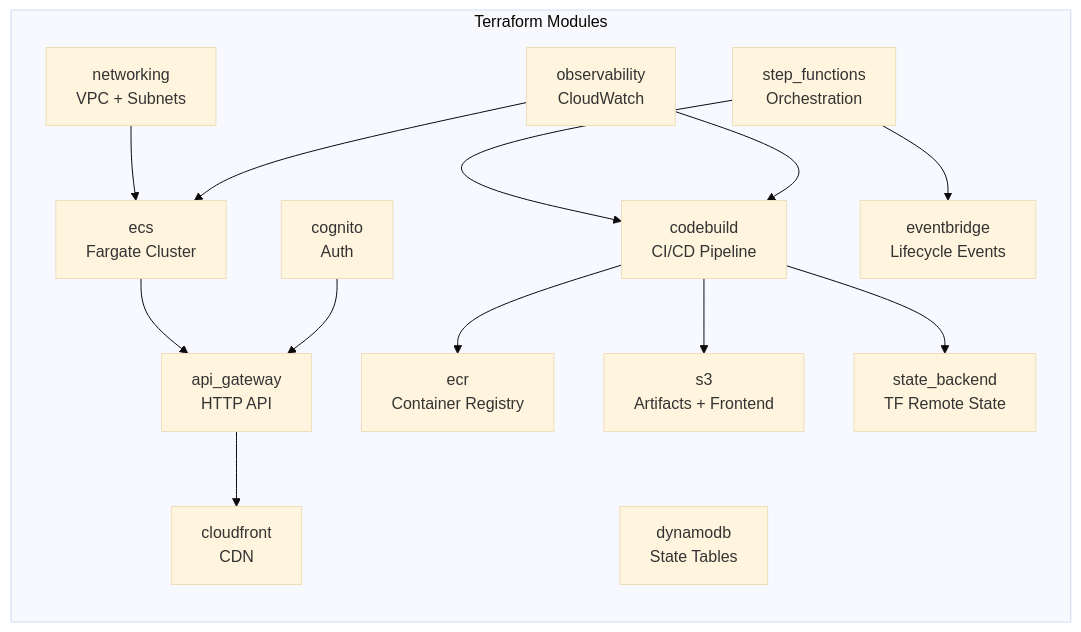
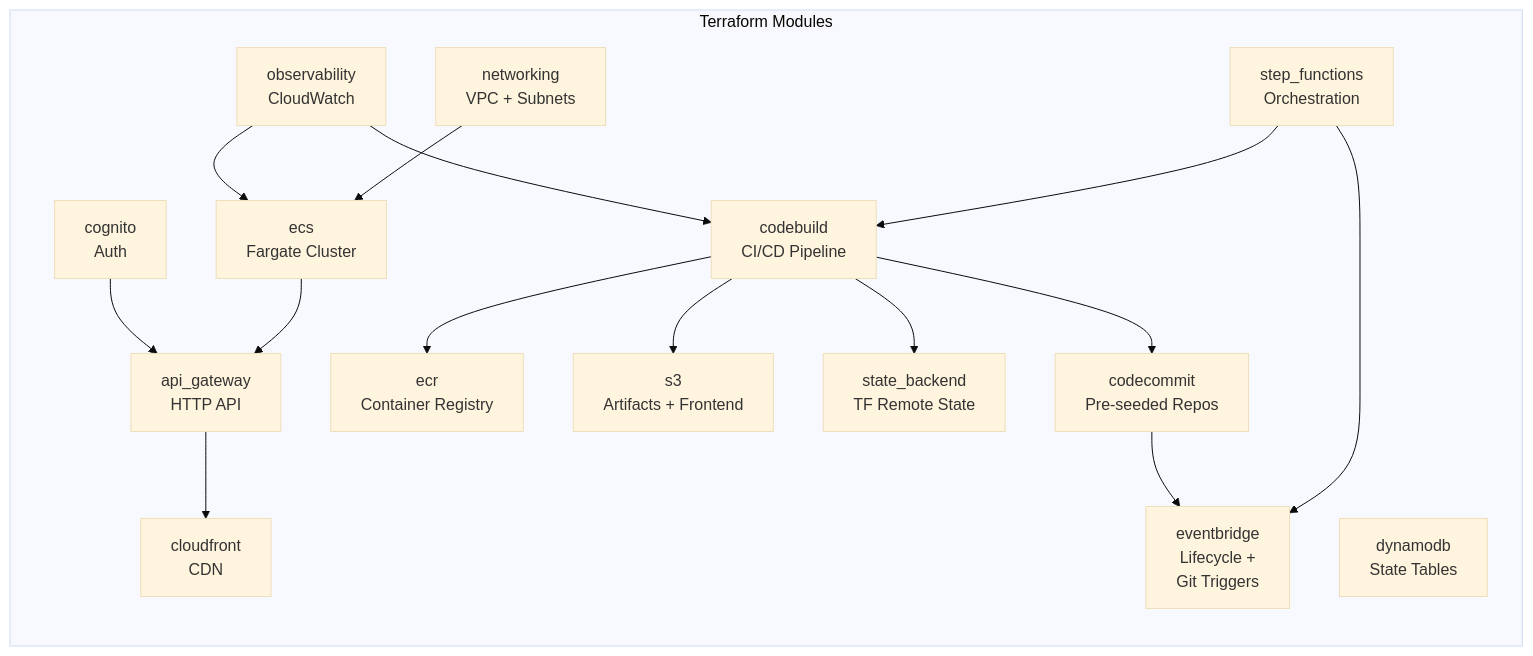
One commit to cevoaustralia/sample-agentic-value-accelerator changed the fourth of 5 diagrams in platform/docs/architecture/platform-architecture.md. Above: the diagram before and after it, drawn with Mermaid (base theme). The commit also changed other lines of this file and 12 other files, not shown here.

First line of the commit message:
docs: v2.0 READMEs, architecture docs, and project-wide gitignore

````diff
--- a/platform/docs/architecture/platform-architecture.md
+++ b/platform/docs/architecture/platform-architecture.md
@@ -161,30 +219,33 @@
 ```mermaid
 graph LR
     subgraph Modules["Terraform Modules"]
         VPC["networking<br/>VPC + Subnets"]
         ECS["ecs<br/>Fargate Cluster"]
         APIGW["api_gateway<br/>HTTP API"]
         DDB["dynamodb<br/>State Tables"]
         S3["s3<br/>Artifacts + Frontend"]
         CF["cloudfront<br/>CDN"]
         COG["cognito<br/>Auth"]
         ECR["ecr<br/>Container Registry"]
         CB["codebuild<br/>CI/CD Pipeline"]
-        EB["eventbridge<br/>Lifecycle Events"]
+        CC["codecommit<br/>Pre-seeded Repos"]
+        EB["eventbridge<br/>Lifecycle +<br/>Git Triggers"]
         OBS["observability<br/>CloudWatch"]
         SF["step_functions<br/>Orchestration"]
         STATE["state_backend<br/>TF Remote State"]
     end
 
     VPC --> ECS
     ECS --> APIGW
     APIGW --> CF
     COG --> APIGW
     CB --> ECR
     CB --> S3
     CB --> STATE
+    CB --> CC
     SF --> CB
     SF --> EB
+    CC --> EB
     OBS --> ECS
     OBS --> CB
 ```
````
